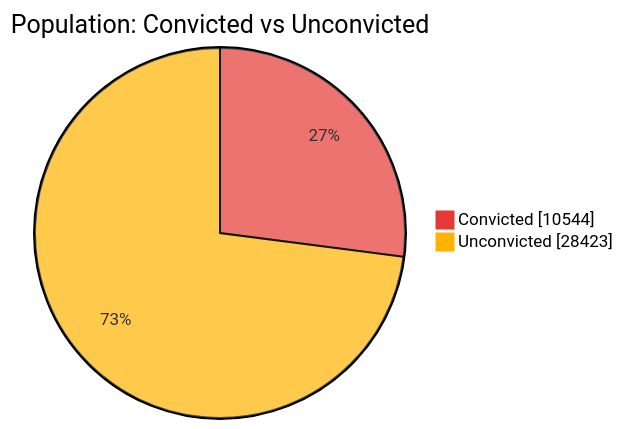
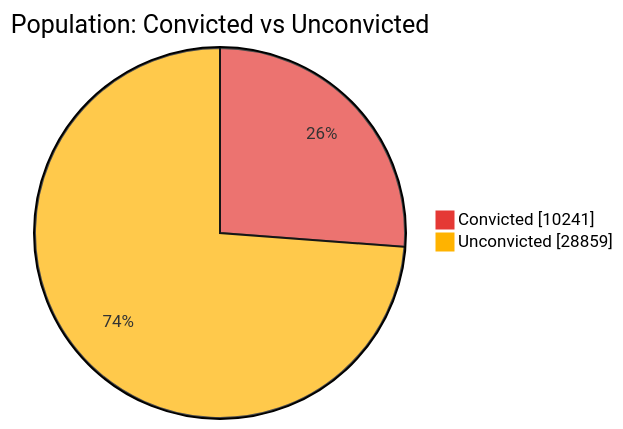
The first of 7 diagrams in README.md (nuuuwan/lk_prisons), drawn with Mermaid before and after one commit. The commit also changed other lines of this file and 1 other file, not shown here.

````diff
--- a/README.md
+++ b/README.md
@@ -43,6 +43,6 @@
 ```mermaid
 %%{init: {'themeVariables': {'pie1': '#E53935', 'pie2': '#FFB300'}}}%%
 pie showData title Population: Convicted vs Unconvicted
-    "Convicted" : 10544
-    "Unconvicted" : 28423
+    "Convicted" : 10241
+    "Unconvicted" : 28859
 ```
````
